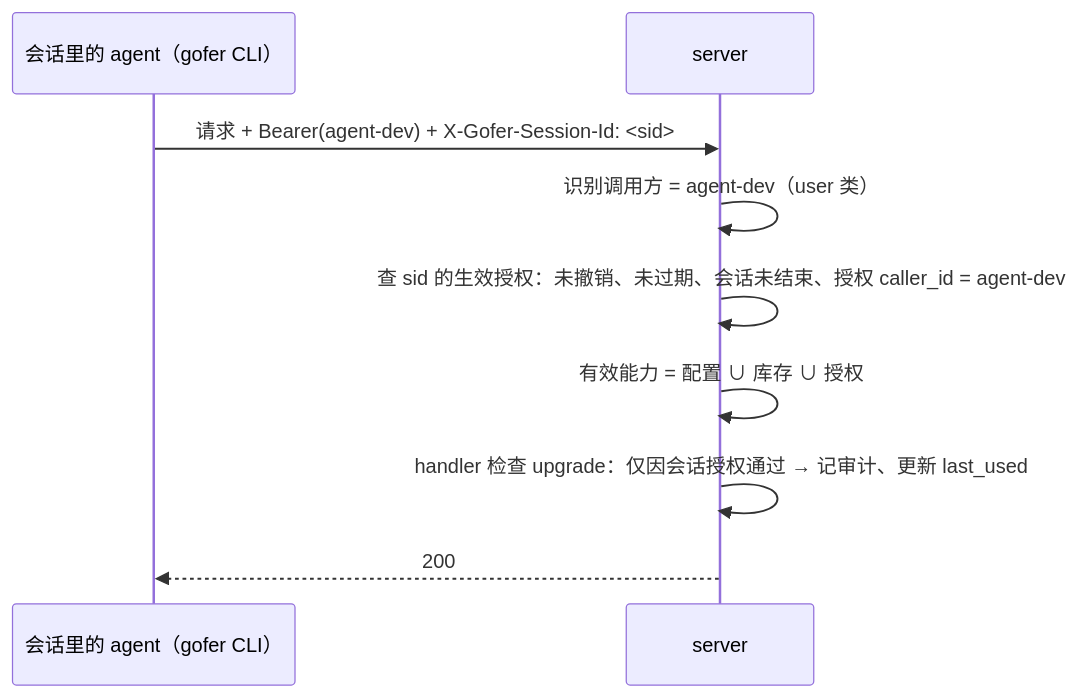
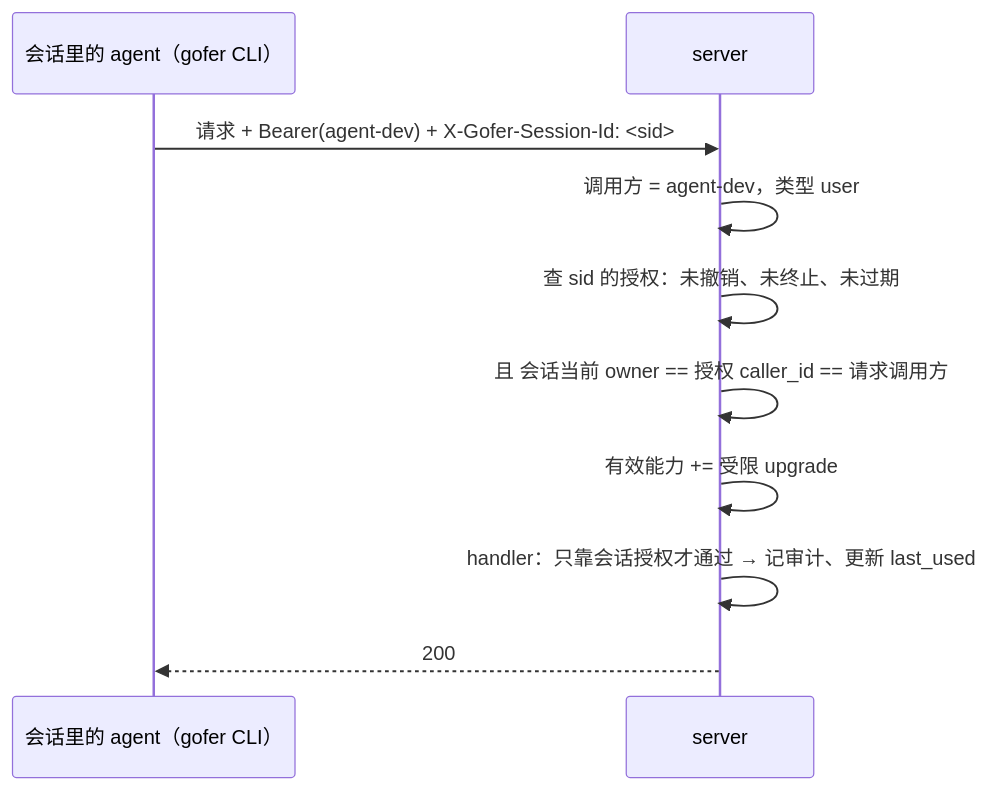
One commit to inhere/gofer changed the second of 2 diagrams in docs/design/2026-10-14-db-capabilities-and-session-grants-design.md. Above: the diagram before and after it, drawn with Mermaid. The commit also changed other lines of this file and 1 other file, not shown here.

````diff
--- a/docs/design/2026-10-14-db-capabilities-and-session-grants-design.md
+++ b/docs/design/2026-10-14-db-capabilities-and-session-grants-design.md
@@ -144,11 +193,12 @@
 ```mermaid
 sequenceDiagram
   participant A as 会话里的 agent（gofer CLI）
   participant S as server
   A->>S: 请求 + Bearer(agent-dev) + X-Gofer-Session-Id: <sid>
-  S->>S: 识别调用方 = agent-dev（user 类）
-  S->>S: 查 sid 的生效授权：未撤销、未过期、会话未结束、授权 caller_id = agent-dev
-  S->>S: 有效能力 = 配置 ∪ 库存 ∪ 授权
-  S->>S: handler 检查 upgrade：仅因会话授权通过 → 记审计、更新 last_used
+  S->>S: 调用方 = agent-dev，类型 user
+  S->>S: 查 sid 的授权：未撤销、未终止、未过期
+  S->>S: 且 会话当前 owner == 授权 caller_id == 请求调用方
+  S->>S: 有效能力 += 受限 upgrade
+  S->>S: handler：只靠会话授权才通过 → 记审计、更新 last_used
   S-->>A: 200
 ```
````
